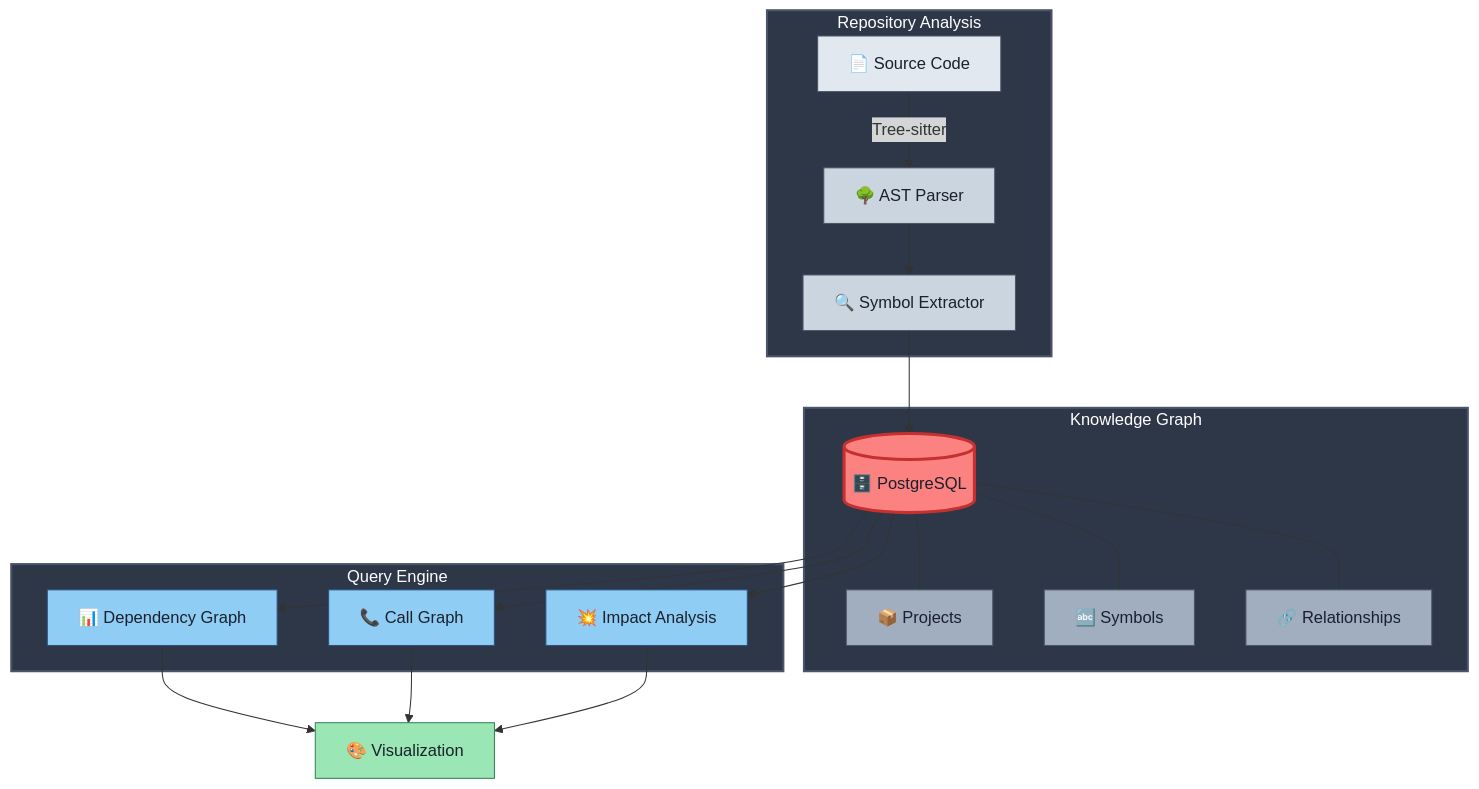
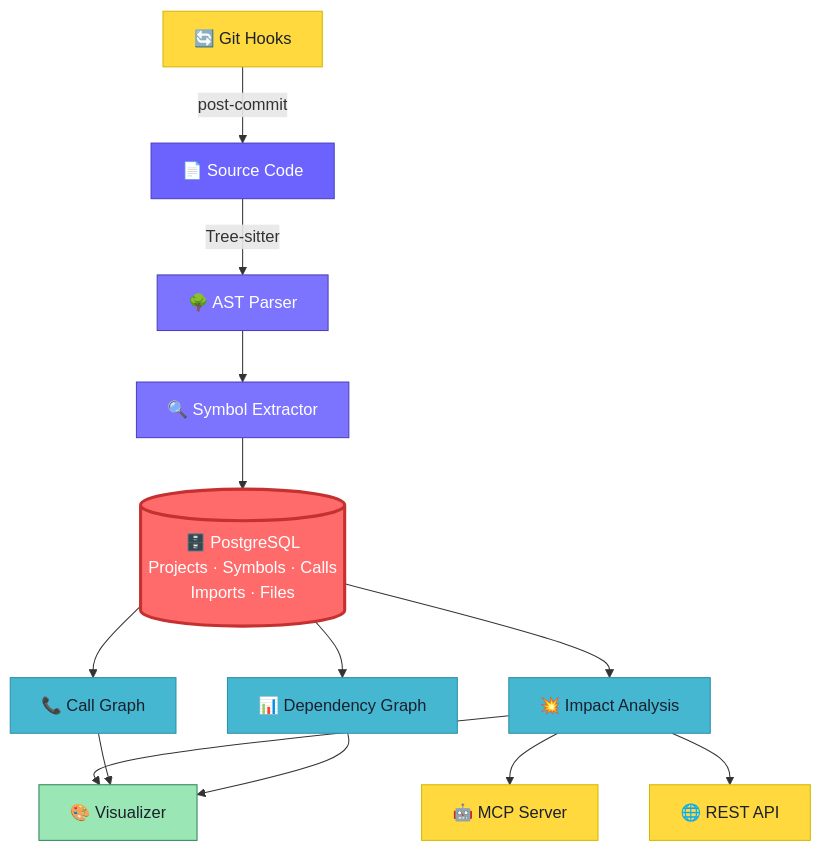
Before and after one commit to RajX-dev/CODESEER-MAIN: the first of 4 diagrams in README.md, drawn with Mermaid. The commit also changed other lines of this file and 25 other files, not shown here.

Commit message:
docs: overhaul README, update benchmarks, add MCP server, REST API, git hooks, and visual polish

````diff
--- a/README.md
+++ b/README.md
@@ -70,46 +103,31 @@
 ```mermaid
-graph TB
-    subgraph repo["Repository Analysis"]
-        A["📄 Source Code"] -->|Tree-sitter| B["🌳 AST Parser"]
-        B --> C["🔍 Symbol Extractor"]
-    end
+graph TD
+    A["📄 Source Code"] -->|Tree-sitter| B["🌳 AST Parser"]
+    B --> C["🔍 Symbol Extractor"]
+    D["🔄 Git Hooks"] -->|post-commit| A
 
-    subgraph kg["Knowledge Graph"]
-        D[("🗄️ PostgreSQL")]
-        E["📦 Projects"]
-        F["🔤 Symbols"]
-        G["🔗 Relationships"]
-        D --- E
-        D --- F
-        D --- G
-    end
+    C --> E[("🗄️ PostgreSQL<br/>Projects · Symbols · Calls<br/>Imports · Files")]
 
-    subgraph query["Query Engine"]
-        H["📊 Dependency Graph"]
-        I["📞 Call Graph"]
-        J["💥 Impact Analysis"]
-    end
+    E --> F["💥 Impact Analysis"]
+    E --> G["📞 Call Graph"]
+    E --> H["📊 Dependency Graph"]
 
-    C --> D
-    D --> H
-    D --> I
-    D --> J
-    H --> K["🎨 Visualization"]
-    I --> K
-    J --> K
+    F --> I["🎨 Visualizer"]
+    G --> I
+    H --> I
 
-    style repo fill:#2d3748,stroke:#4a5568,stroke-width:2px,color:#fff
-    style kg fill:#2d3748,stroke:#4a5568,stroke-width:2px,color:#fff
-    style query fill:#2d3748,stroke:#4a5568,stroke-width:2px,color:#fff
-    style A fill:#e2e8f0,stroke:#4a5568,color:#1a202c
-    style B fill:#cbd5e0,stroke:#4a5568,color:#1a202c
-    style C fill:#cbd5e0,stroke:#4a5568,color:#1a202c
-    style D fill:#fc8181,stroke:#c53030,color:#1a202c,stroke-width:3px
-    style E fill:#a0aec0,stroke:#4a5568,color:#1a202c
-    style F fill:#a0aec0,stroke:#4a5568,color:#1a202c
-    style G fill:#a0aec0,stroke:#4a5568,color:#1a202c
-    style H fill:#90cdf4,stroke:#2c5282,color:#1a202c
-    style I fill:#90cdf4,stroke:#2c5282,color:#1a202c
-    style J fill:#90cdf4,stroke:#2c5282,color:#1a202c
-    style K fill:#9ae6b4,stroke:#2f855a,color:#1a202c
+    F --> J["🤖 MCP Server"]
+    F --> K["🌐 REST API"]
+
+    style A fill:#6c63ff,stroke:#4a3fbf,color:#fff
+    style B fill:#7c74ff,stroke:#4a3fbf,color:#fff
+    style C fill:#7c74ff,stroke:#4a3fbf,color:#fff
+    style D fill:#ffd93d,stroke:#d4b800,color:#1a202c
+    style E fill:#ff6b6b,stroke:#c53030,color:#fff,stroke-width:3px
+    style F fill:#45b7d1,stroke:#2c8ea8,color:#1a202c
+    style G fill:#45b7d1,stroke:#2c8ea8,color:#1a202c
+    style H fill:#45b7d1,stroke:#2c8ea8,color:#1a202c
+    style I fill:#9ae6b4,stroke:#2f855a,color:#1a202c
+    style J fill:#ffd93d,stroke:#d4b800,color:#1a202c
+    style K fill:#ffd93d,stroke:#d4b800,color:#1a202c
 ```
````
